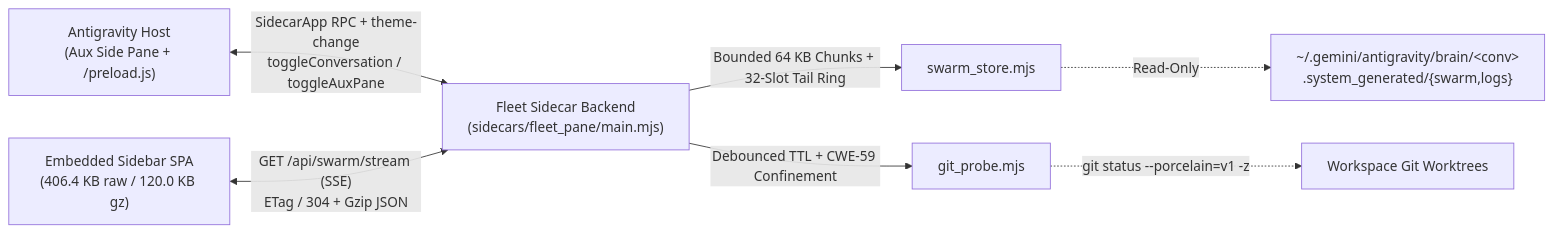
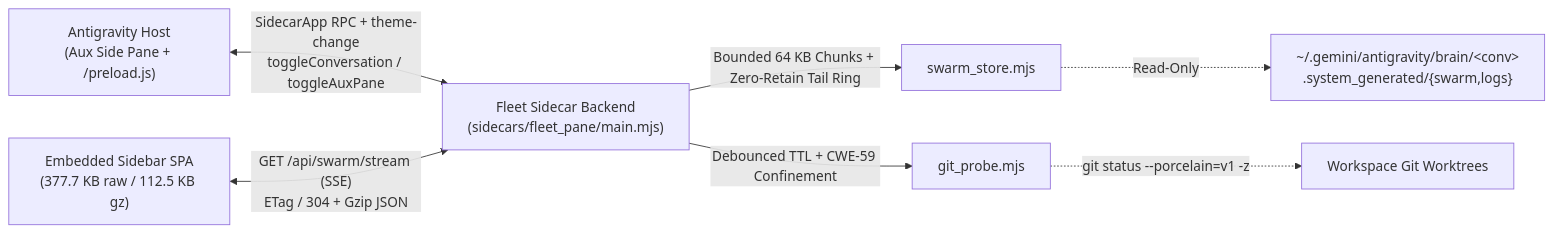
Before and after one commit to cayleb-james2008/dsh-fleet: the diagram in README.md, drawn with Mermaid. The commit also changed other lines of this file and 27 other files, not shown here.

````diff
--- a/README.md
+++ b/README.md
@@ -80,9 +80,9 @@
 ```mermaid
 flowchart LR
     Host["Antigravity Host<br/>(Aux Side Pane + /preload.js)"] <-->|"SidecarApp RPC + theme-change<br/>toggleConversation / toggleAuxPane"| Backend["Fleet Sidecar Backend<br/>(sidecars/fleet_pane/main.mjs)"]
-    UI["Embedded Sidebar SPA<br/>(406.4 KB raw / 120.0 KB gz)"] <-->|"GET /api/swarm/stream (SSE)<br/>ETag / 304 + Gzip JSON"| Backend
-    Backend -->|"Bounded 64 KB Chunks + 32-Slot Tail Ring"| Store["swarm_store.mjs"]
+    UI["Embedded Sidebar SPA<br/>(377.7 KB raw / 112.5 KB gz)"] <-->|"GET /api/swarm/stream (SSE)<br/>ETag / 304 + Gzip JSON"| Backend
+    Backend -->|"Bounded 64 KB Chunks + Zero-Retain Tail Ring"| Store["swarm_store.mjs"]
     Backend -->|"Debounced TTL + CWE-59 Confinement"| Git["git_probe.mjs"]
     Store -.->|"Read-Only"| Brain["~/.gemini/antigravity/brain/&lt;conv&gt;<br/>.system_generated/{swarm,logs}"]
     Git -.->|"git status --porcelain=v1 -z"| WT["Workspace Git Worktrees"]
 ```
````
